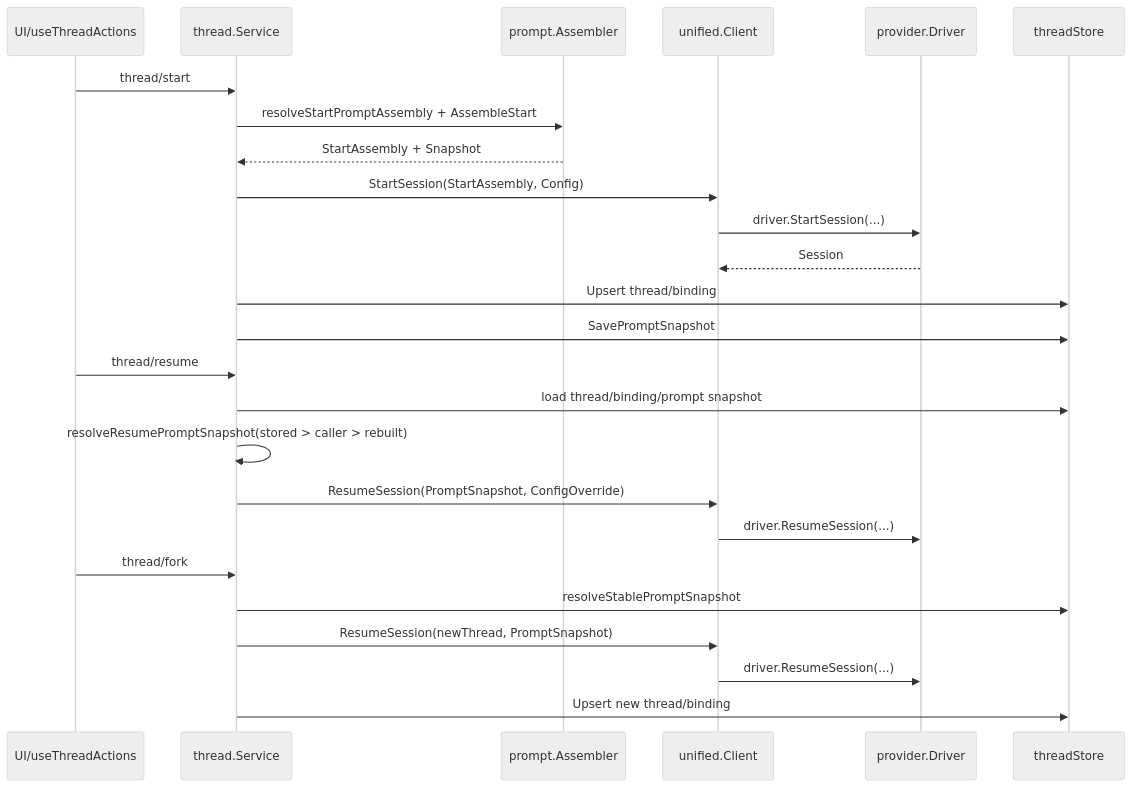
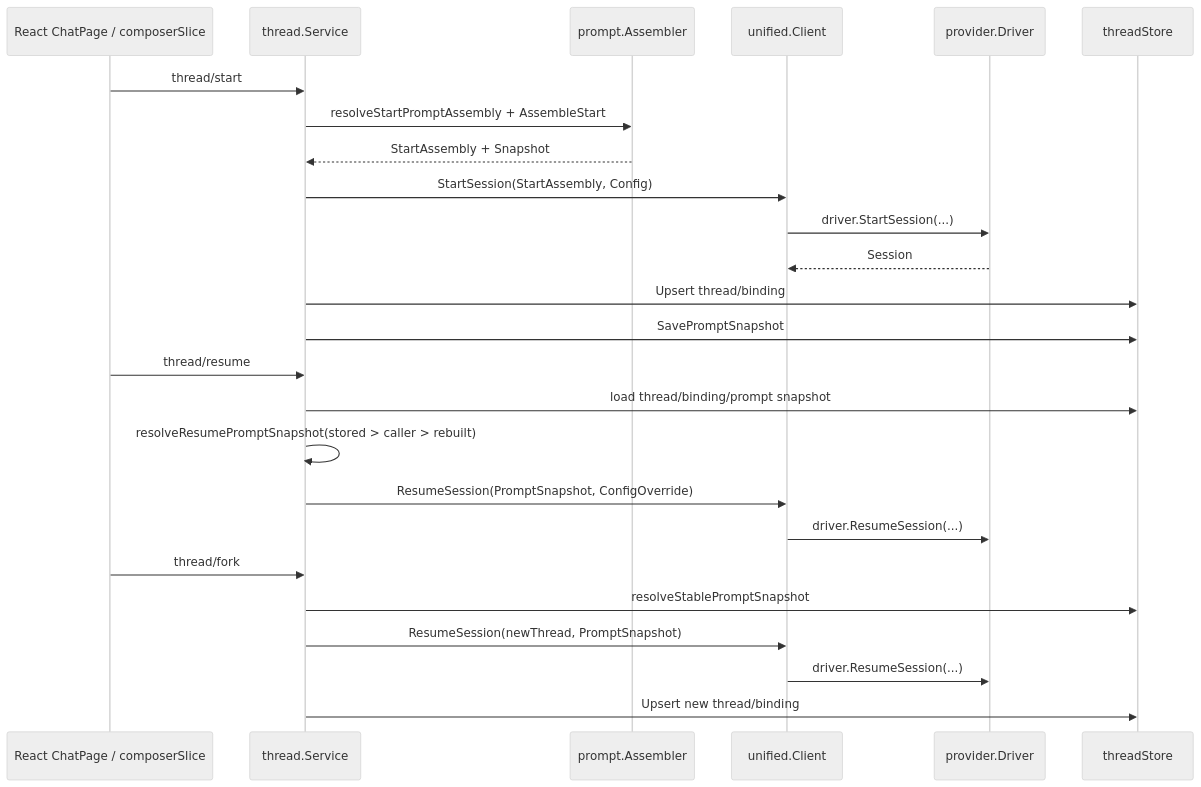
One commit to lihah111222333-cloud/Super-Dolphin-Agent-Cockpit changed the second of 3 diagrams in docs/doc/codemap/11-prompt-thread.md. Above: the diagram before and after it, drawn with Mermaid (neutral theme). The commit also changed other lines of this file and 22 other files, not shown here.

````diff
--- a/docs/doc/codemap/11-prompt-thread.md
+++ b/docs/doc/codemap/11-prompt-thread.md
@@ -1242,30 +1257,30 @@
 ```mermaid
 sequenceDiagram
-  participant UI as UI/useThreadActions
+  participant UI as React ChatPage / composerSlice
   participant TH as thread.Service
   participant PA as prompt.Assembler
   participant UC as unified.Client
   participant DR as provider.Driver
   participant TS as threadStore
 
   UI->>TH: thread/start
   TH->>PA: resolveStartPromptAssembly + AssembleStart
   PA-->>TH: StartAssembly + Snapshot
   TH->>UC: StartSession(StartAssembly, Config)
   UC->>DR: driver.StartSession(...)
   DR-->>UC: Session
   TH->>TS: Upsert thread/binding
   TH->>TS: SavePromptSnapshot
 
   UI->>TH: thread/resume
   TH->>TS: load thread/binding/prompt snapshot
   TH->>TH: resolveResumePromptSnapshot(stored > caller > rebuilt)
   TH->>UC: ResumeSession(PromptSnapshot, ConfigOverride)
   UC->>DR: driver.ResumeSession(...)
 
   UI->>TH: thread/fork
   TH->>TS: resolveStablePromptSnapshot
   TH->>UC: ResumeSession(newThread, PromptSnapshot)
   UC->>DR: driver.ResumeSession(...)
   TH->>TS: Upsert new thread/binding
 ```
````
